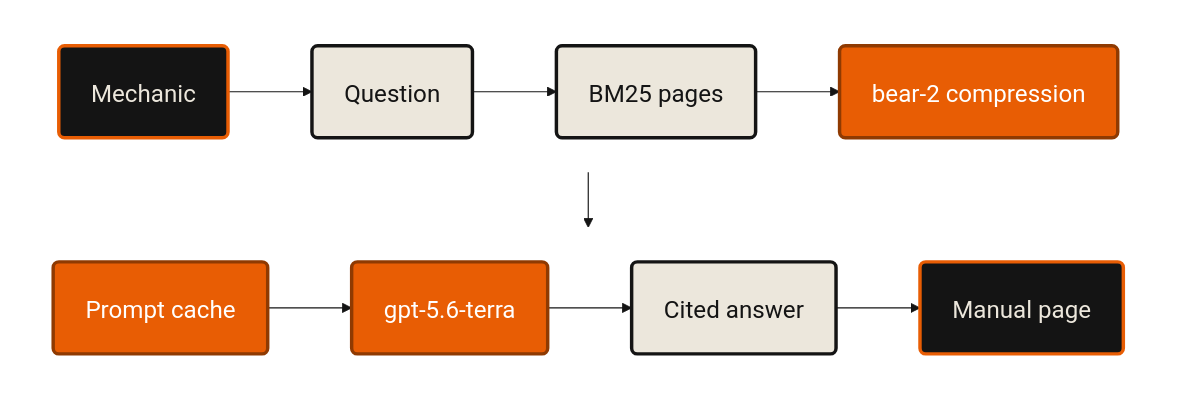
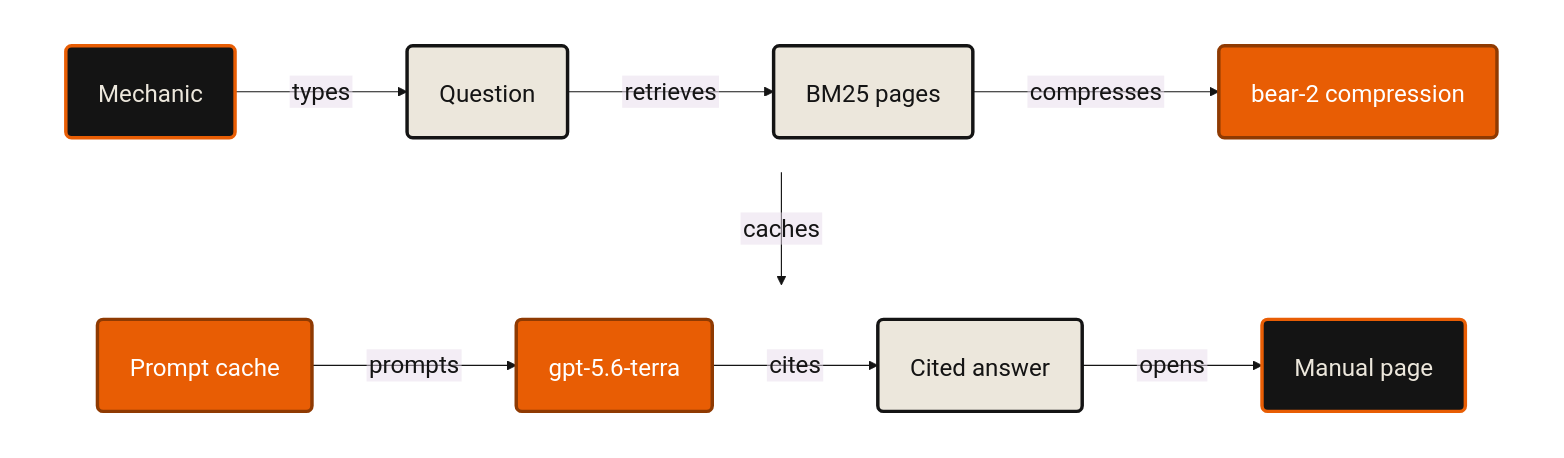
Before and after one commit to lxorb/mechanica: the diagram in docs/pitches/token-company/token-path.mmd, drawn with Mermaid. The commit also changed 140 other files, not shown here.

```diff
--- a/docs/pitches/token-company/token-path.mmd
+++ b/docs/pitches/token-company/token-path.mmd
@@ -1,18 +1,18 @@
-%%{init: {"theme":"base","htmlLabels":false,"themeVariables":{"fontSize":"21px","fontFamily":"Barlow","lineColor":"#141414","primaryColor":"#ece7dc","primaryTextColor":"#141414","primaryBorderColor":"#141414","background":"#ffffff"},"flowchart":{"curve":"linear","htmlLabels":false,"nodeSpacing":40,"rankSpacing":48,"padding":28,"useMaxWidth":false}}}%%
+%%{init: {"theme":"base","htmlLabels":false,"themeVariables":{"fontSize":"21px","fontFamily":"Barlow","lineColor":"#141414","primaryColor":"#ece7dc","primaryTextColor":"#141414","primaryBorderColor":"#141414","background":"#ffffff"},"flowchart":{"curve":"linear","htmlLabels":false,"nodeSpacing":40,"rankSpacing":70,"padding":28,"useMaxWidth":false}}}%%
 flowchart TB
   subgraph R1[" "]
     direction LR
-    MECH("Mechanic"):::ends --> QN("Question"):::ours --> BM("BM25 pages"):::ours --> BEAR("bear-2 compression"):::them
+    MECH("Mechanic"):::ends -- "types" --> QN("Question"):::ours -- "retrieves" --> BM("BM25 pages"):::ours -- "compresses" --> BEAR("bear-2 compression"):::them
   end
   subgraph R2[" "]
     direction LR
-    CACHE("Prompt cache"):::them --> TERRA("gpt-5.6-terra"):::them --> CITE("Cited answer"):::ours --> PAGE("Manual page"):::ends
+    CACHE("Prompt cache"):::them -- "prompts" --> TERRA("gpt-5.6-terra"):::them -- "cites" --> CITE("Cited answer"):::ours -- "opens" --> PAGE("Manual page"):::ends
   end
 
-  R1 --> R2
+  R1 -- "caches" --> R2
 
   classDef ends fill:#141414,stroke:#e85d04,stroke-width:3px,color:#ece7dc
   classDef ours fill:#ece7dc,stroke:#141414,stroke-width:3px,color:#141414
   classDef them fill:#e85d04,stroke:#8f3a02,stroke-width:3px,color:#ffffff
   style R1 fill:none,stroke:none
   style R2 fill:none,stroke:none
```
